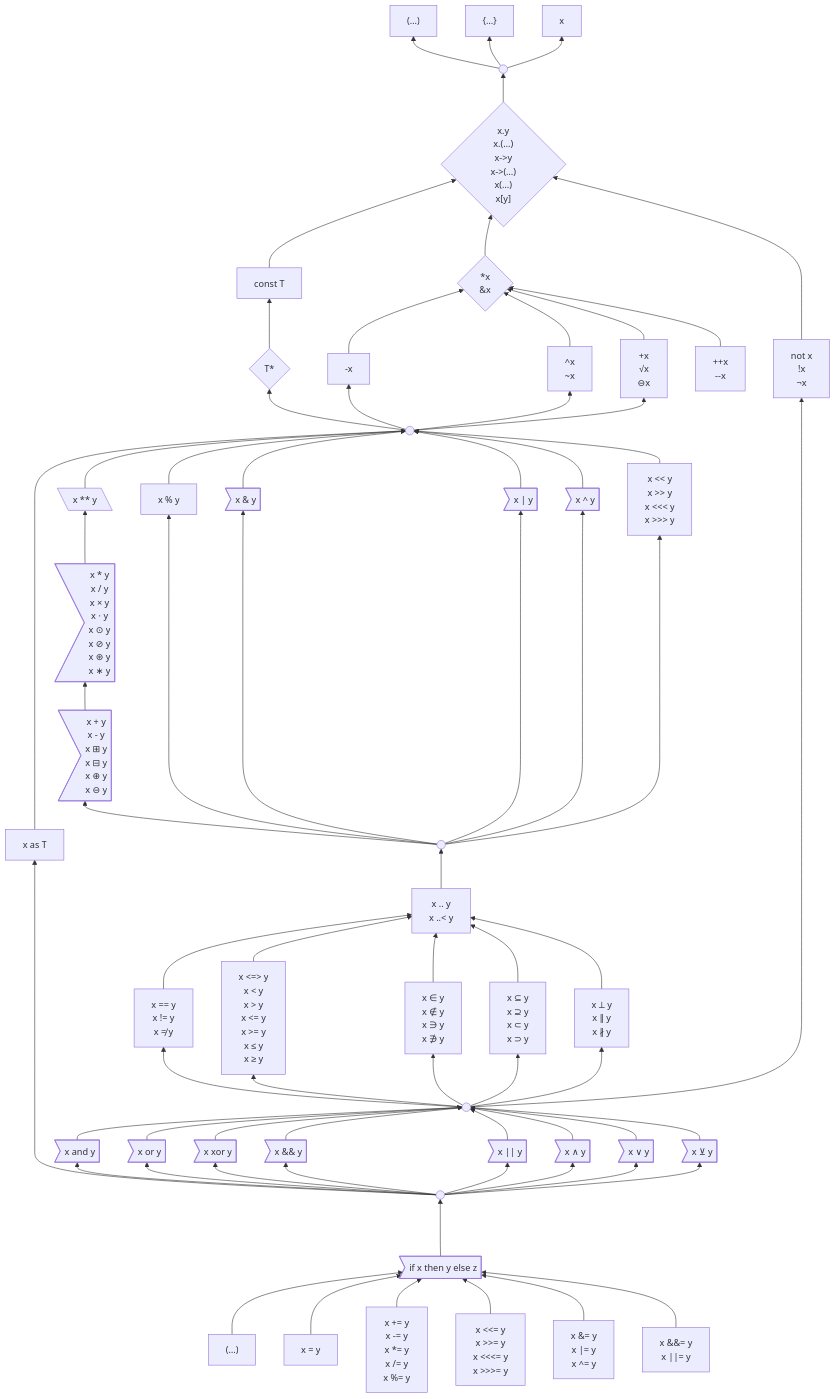
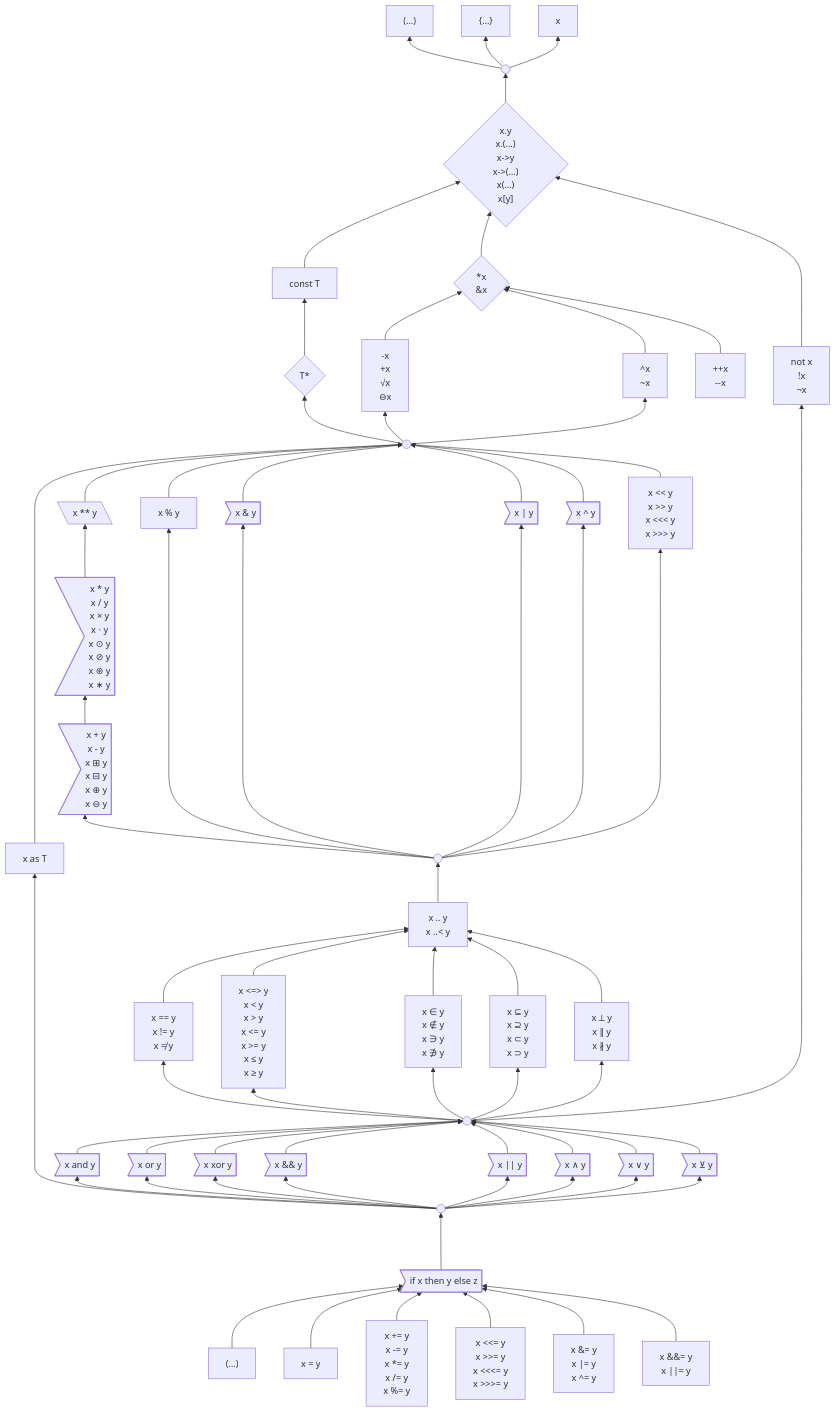
The first of 3 diagrams in 6 .../2 Unfinished Ideas.md (laro/Cilia), drawn with Mermaid before and after one commit.

Commit message:
Update 2 Unfinished Ideas.md

```diff
--- a/6 .../2 Unfinished Ideas.md
+++ b/6 .../2 Unfinished Ideas.md
@@ -186,17 +186,17 @@
     pointer{"*x
              &x"}
 
-    negation & complement & prefixMath & incDec --> pointer
-    negation["-x"]
+    prefixMath & complement & incDec --> pointer
     complement["^x
                 ~x"]
-    prefixMath["+x
+    prefixMath["-x
+                +x
                 √x
                 ⊖x"]
     incDec["++x
             --x"]
 
-    unary --> pointerType & negation & complement & prefixMath
+    unary --> pointerType & prefixMath & complement
     unary((" "))
 
 
```
